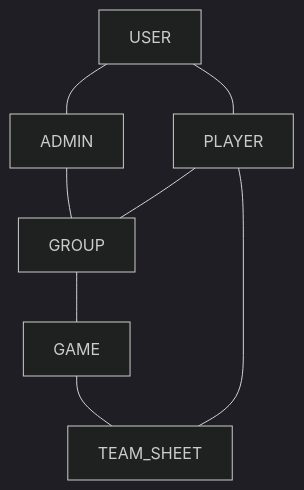
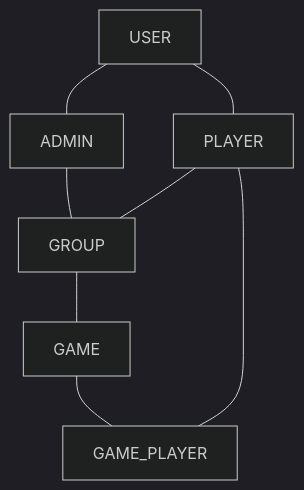
Before and after one commit to MichaelM9/5-A-Side-Organiser: the first of 2 diagrams in README.md, drawn with Mermaid (dark theme). The commit also changed other lines of this file, not shown here.

````diff
--- a/README.md
+++ b/README.md
@@ -37,10 +37,10 @@
 ```mermaid
 flowchart
 USER --- ADMIN
 USER --- PLAYER
 ADMIN --- GROUP
 PLAYER --- GROUP
 GROUP --- GAME
-GAME --- TEAM_SHEET
-PLAYER --- TEAM_SHEET
+GAME --- GAME_PLAYER
+PLAYER --- GAME_PLAYER
 ```
````
